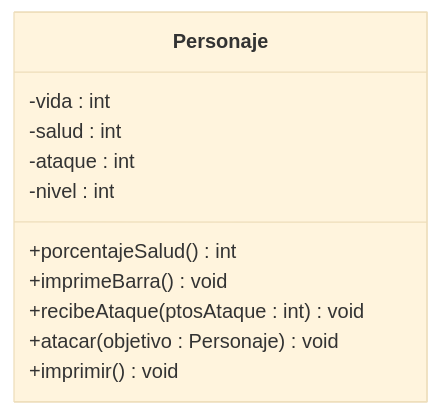
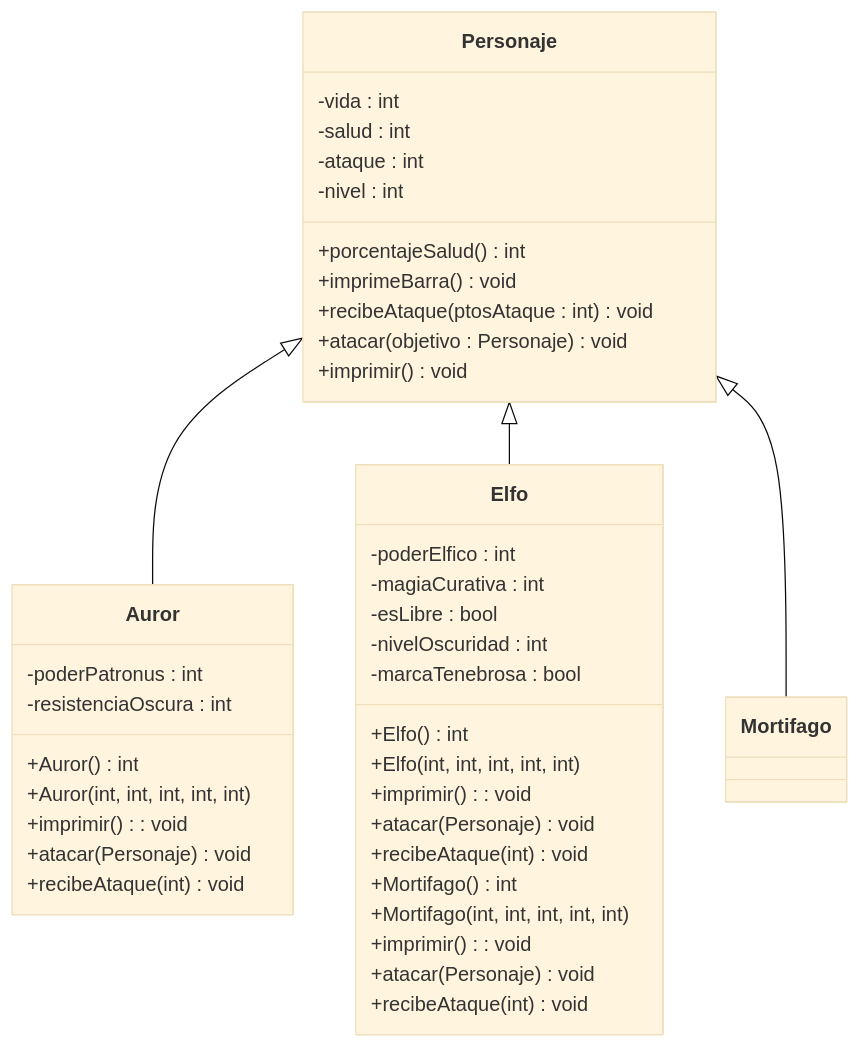
The diagram in README.md (esperanzaromantc/Proyecto_A01739617), drawn with Mermaid (base theme) before and after one commit.

Commit message:
README.md

````diff
--- a/README.md
+++ b/README.md
@@ -1,15 +1,46 @@
 ```mermaid
 classDiagram
     class Personaje {
         -vida : int
         -salud : int
         -ataque : int
         -nivel : int
         +porcentajeSalud() int
         +imprimeBarra() void
         +recibeAtaque(ptosAtaque : int) void
         +atacar(objetivo : Personaje) void
         +imprimir() void
     }
+    Personaje <|-- Auror
+    class Auror{
+        -poderPatronus : int
+        -resistenciaOscura : int
+        +Auror() int
+        +Auror(int, int, int, int, int)
+        +imprimir() : void
+        +atacar(Personaje) void
+        +recibeAtaque(int) void
+    }
+    Personaje <|-- Elfo
+    class Elfo{
+        -poderElfico : int
+        -magiaCurativa : int
+        -esLibre : bool
+        +Elfo() int
+        +Elfo(int, int, int, int, int)
+        +imprimir() : void
+        +atacar(Personaje) void
+        +recibeAtaque(int) void
+    }
+    Personaje <|-- Mortifago
+    class Elfo{
+        -nivelOscuridad : int
+        -marcaTenebrosa : bool
+        +Mortifago() int
+        +Mortifago(int, int, int, int, int)
+        +imprimir() : void
+        +atacar(Personaje) void
+        +recibeAtaque(int) void
+    }
 
 ```
````
